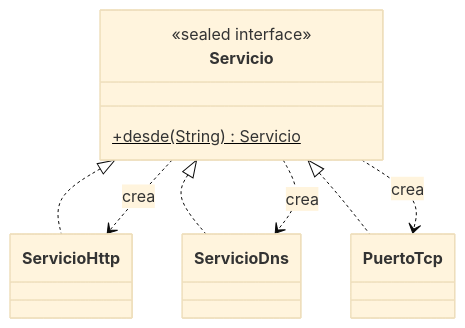
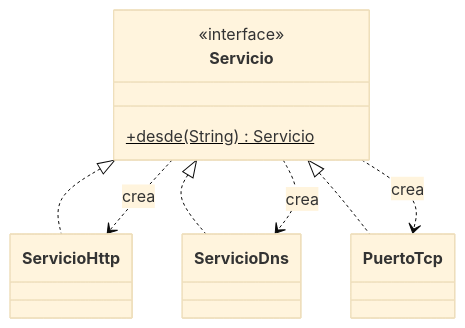
The sixth of 10 diagrams in es/contenido/tema1.qmd (UIB-22354-Programacion-Avanzada/website), drawn with Mermaid (base theme) before and after one commit. The commit also changed other lines of this file and 8 other files, not shown here.

````diff
--- a/es/contenido/tema1.qmd
+++ b/es/contenido/tema1.qmd
@@ -2159,13 +2075,13 @@
 ```{mermaid}
 classDiagram
     class Servicio {
-        <<sealed interface>>
+        <<interface>>
         +desde(String) Servicio$
     }
     Servicio <|.. ServicioHttp
     Servicio <|.. ServicioDns
     Servicio <|.. PuertoTcp
     Servicio ..> ServicioHttp : crea
     Servicio ..> ServicioDns : crea
     Servicio ..> PuertoTcp : crea
 ```
````
